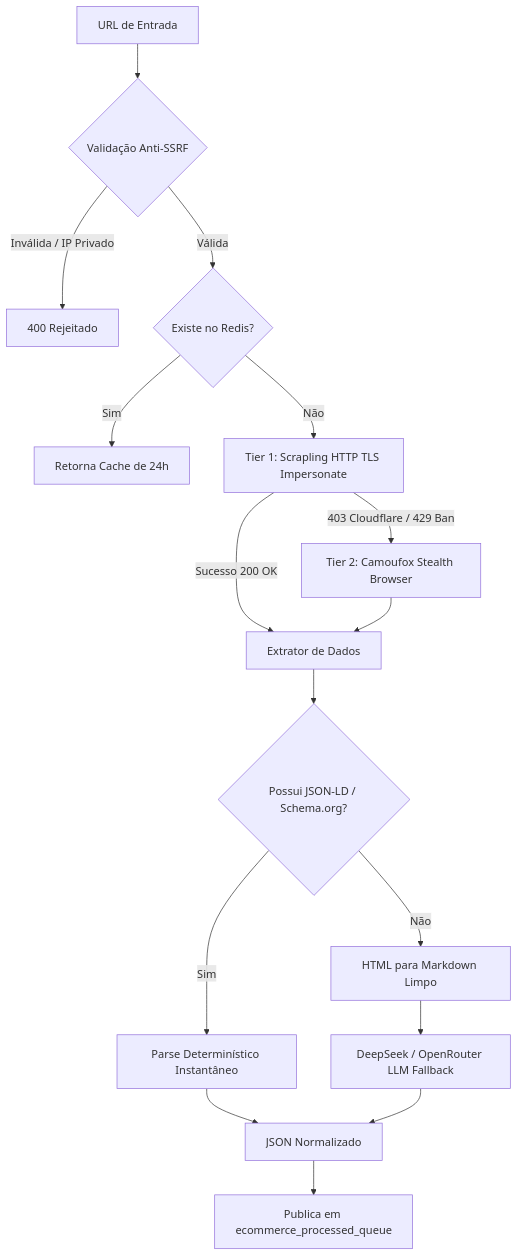
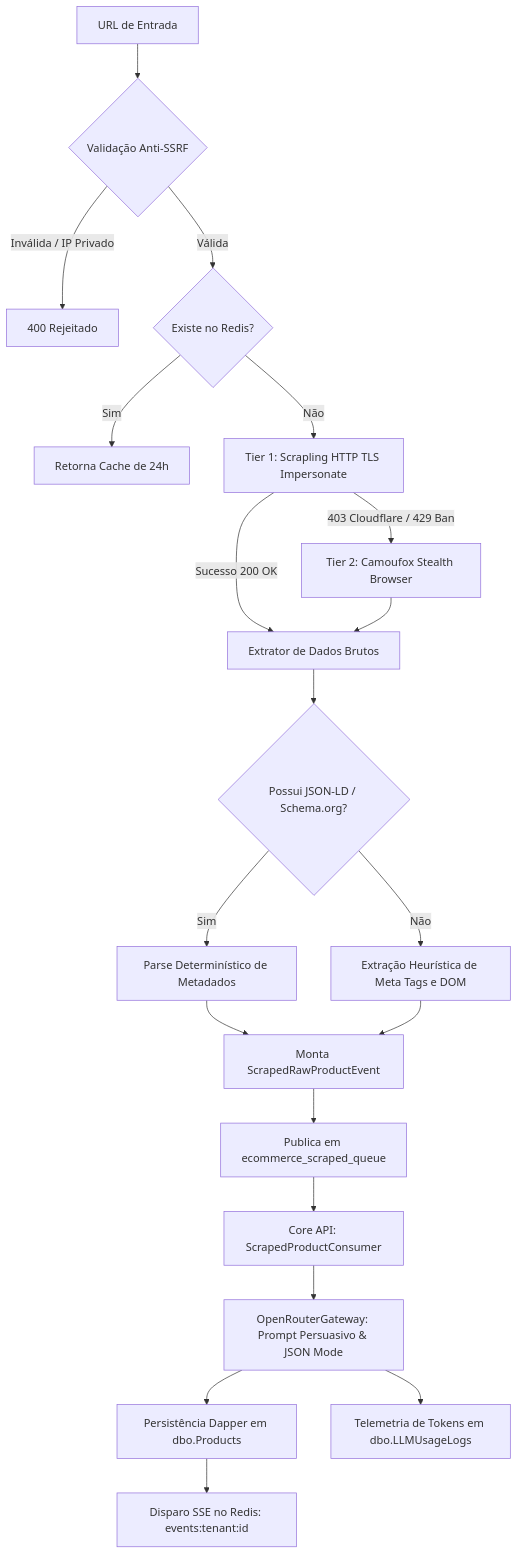
Before and after one commit to gregrymqt/ecomerce-bot: the second of 2 diagrams in docs/messaging-and-workers.md, drawn with Mermaid. The commit also changed other lines of this file and 45 other files, not shown here.

Commit message:
Refactor: Add Logic from python to C# about the use of api LLM

````diff
--- a/docs/messaging-and-workers.md
+++ b/docs/messaging-and-workers.md
@@ -148,25 +155,29 @@
 ```mermaid
 flowchart TD
     Req[URL de Entrada] --> SSRF{Validação Anti-SSRF}
     SSRF -->|Inválida / IP Privado| Reject[400 Rejeitado]
     SSRF -->|Válida| Cache{Existe no Redis?}
     
     Cache -->|Sim| ReturnCached[Retorna Cache de 24h]
     Cache -->|Não| Tier1[Tier 1: Scrapling HTTP TLS Impersonate]
     
-    Tier1 -->|Sucesso 200 OK| Extract[Extrator de Dados]
+    Tier1 -->|Sucesso 200 OK| Extract[Extrator de Dados Brutos]
     Tier1 -->|403 Cloudflare / 429 Ban| Tier2[Tier 2: Camoufox Stealth Browser]
     
     Tier2 --> Extract
     
     Extract --> JsonLd{Possui JSON-LD / Schema.org?}
-    JsonLd -->|Sim| ParseJson[Parse Determinístico Instantâneo]
-    JsonLd -->|Não| Html2Md[HTML para Markdown Limpo]
+    JsonLd -->|Sim| ParseJson[Parse Determinístico de Metadados]
+    JsonLd -->|Não| DomExtract[Extração Heurística de Meta Tags e DOM]
     
-    Html2Md --> LLM[DeepSeek / OpenRouter LLM Fallback]
+    ParseJson --> RawPayload[Monta ScrapedRawProductEvent]
+    DomExtract --> RawPayload
     
-    ParseJson --> Enriched[JSON Normalizado]
-    LLM --> Enriched
+    RawPayload --> PubScraped[Publica em ecommerce_scraped_queue]
     
-    Enriched --> PubProcessed[Publica em ecommerce_processed_queue]
+    PubScraped --> CoreConsumer[Core API: ScrapedProductConsumer]
+    CoreConsumer --> LlmGateway[OpenRouterGateway: Prompt Persuasivo & JSON Mode]
+    LlmGateway --> PersistDb[Persistência Dapper em dbo.Products]
+    LlmGateway --> Metering[Telemetria de Tokens em dbo.LLMUsageLogs]
+    PersistDb --> PubSse[Disparo SSE no Redis: events:tenant:id]
 ```
````
